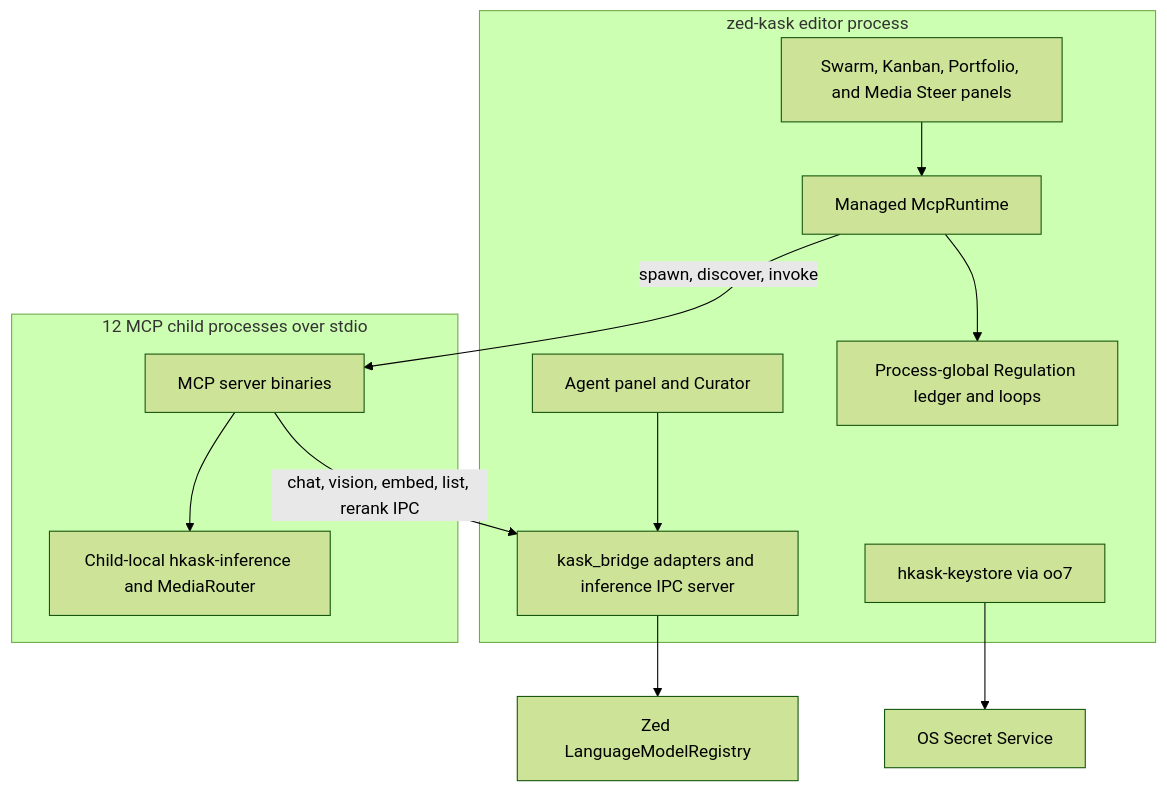
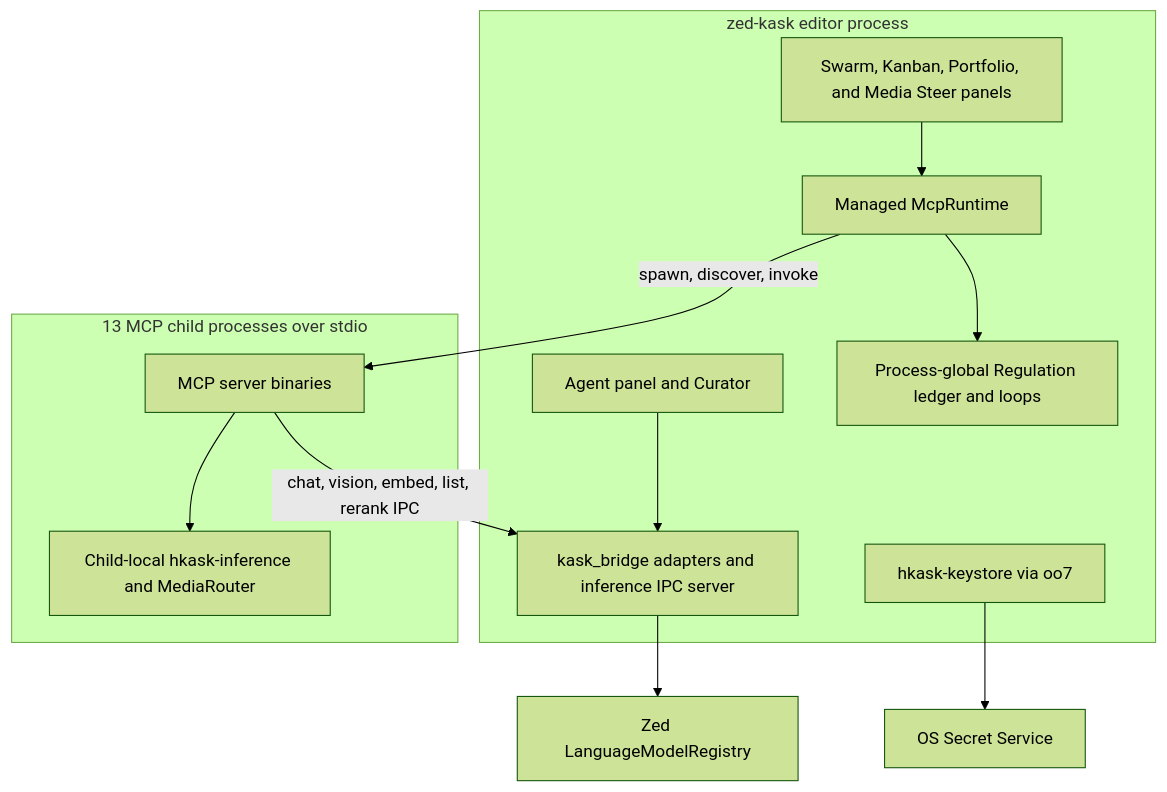
Before and after one commit to mdz-axo/zed-kask: the diagram in kask/docs/architecture/core/MDS.md, drawn with Mermaid (forest theme). The commit also changed other lines of this file and 27 other files, not shown here.

````diff
--- a/kask/docs/architecture/core/MDS.md
+++ b/kask/docs/architecture/core/MDS.md
@@ -505,26 +505,26 @@
 ```mermaid
 graph TD
     subgraph EDITOR["zed-kask editor process"]
         AGENT[Agent panel and Curator]
         STEER[Swarm, Kanban, Portfolio, and Media Steer panels]
         BRIDGE[kask_bridge adapters and inference IPC server]
         RUNTIME[Managed McpRuntime]
         REG[Process-global Regulation ledger and loops]
         KEYSTORE[hkask-keystore via oo7]
     end
-    subgraph CHILDREN["12 MCP child processes over stdio"]
+    subgraph CHILDREN["13 MCP child processes over stdio"]
         MCP[MCP server binaries]
         LOCALINF[Child-local hkask-inference and MediaRouter]
     end
     HOSTLM[Zed LanguageModelRegistry]
     SECRET[OS Secret Service]
 
     AGENT --> BRIDGE
     STEER --> RUNTIME
     RUNTIME -->|spawn, discover, invoke| MCP
     RUNTIME --> REG
     MCP -->|chat, vision, embed, list, rerank IPC| BRIDGE
     MCP --> LOCALINF
     BRIDGE --> HOSTLM
     KEYSTORE --> SECRET
 ```
````
